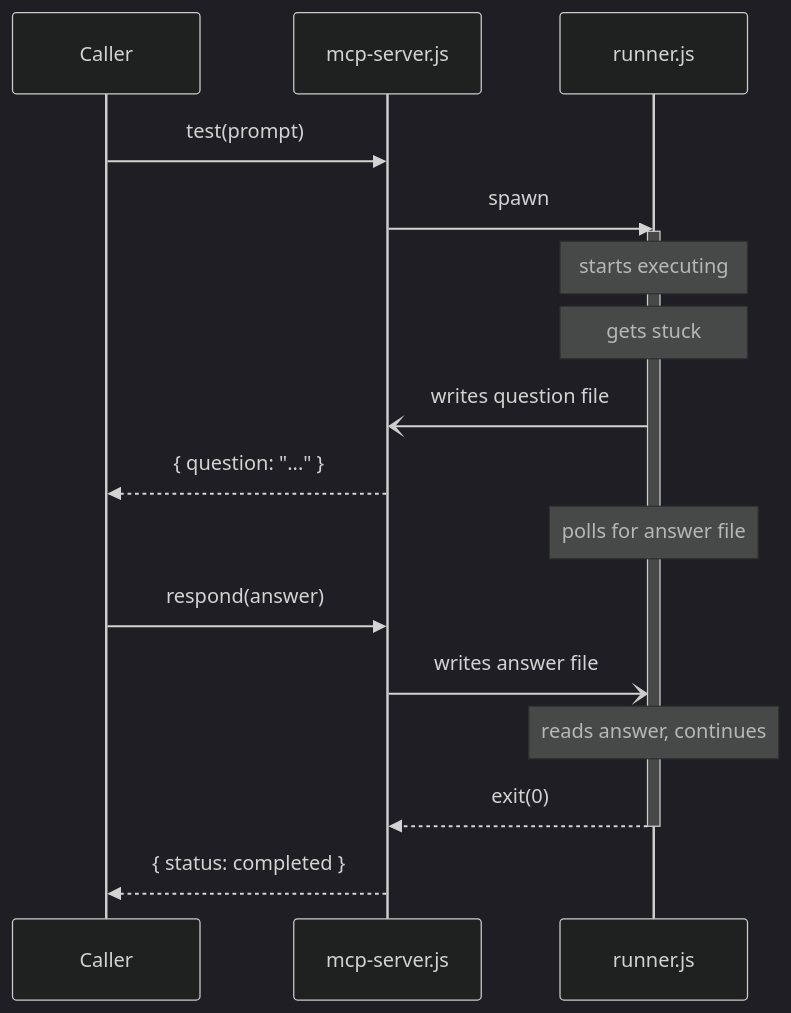
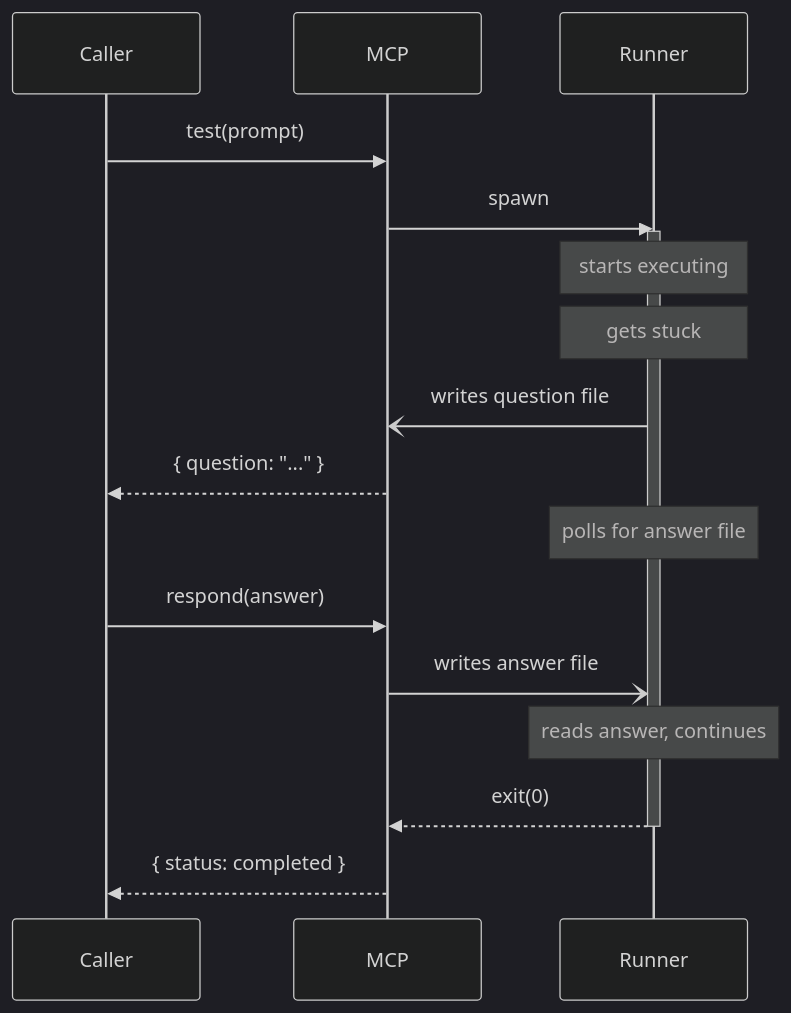
One commit to vlddlv/qaclaw changed the second of 4 diagrams in README.md. Above: the diagram before and after it, drawn with Mermaid (dark theme). The commit also changed other lines of this file and 2 other files, not shown here.

Commit message:
rename mcp-server to mcp, clean up diagrams

````diff
--- a/README.md
+++ b/README.md
@@ -53,21 +43,21 @@
 ```mermaid
 sequenceDiagram
     participant Caller
-    participant MCP as mcp-server.js
-    participant Agent as runner.js
+    participant MCP as MCP
+    participant Agent as Runner
 
     Caller->>MCP: test(prompt)
     MCP->>Agent: spawn
     activate Agent
     Note over Agent: starts executing
     Note over Agent: gets stuck
     Agent-)MCP: writes question file
     MCP-->>Caller: { question: "..." }
     Note over Agent: polls for answer file
     Caller->>MCP: respond(answer)
     MCP-)Agent: writes answer file
     Note over Agent: reads answer, continues
     Agent-->>MCP: exit(0)
     deactivate Agent
     MCP-->>Caller: { status: completed }
 ```
````
